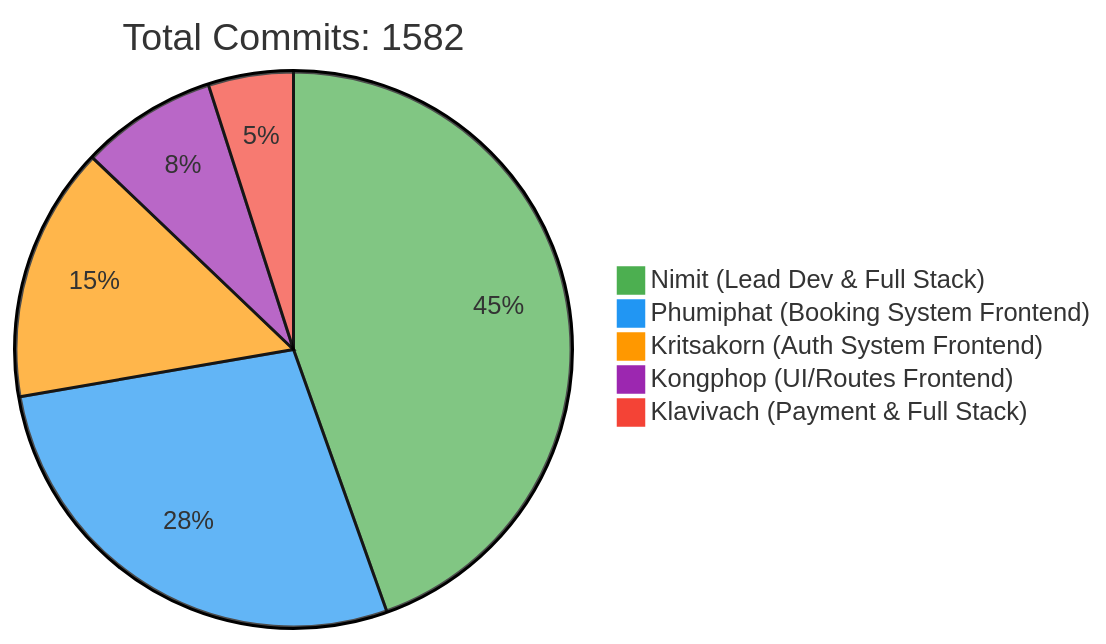
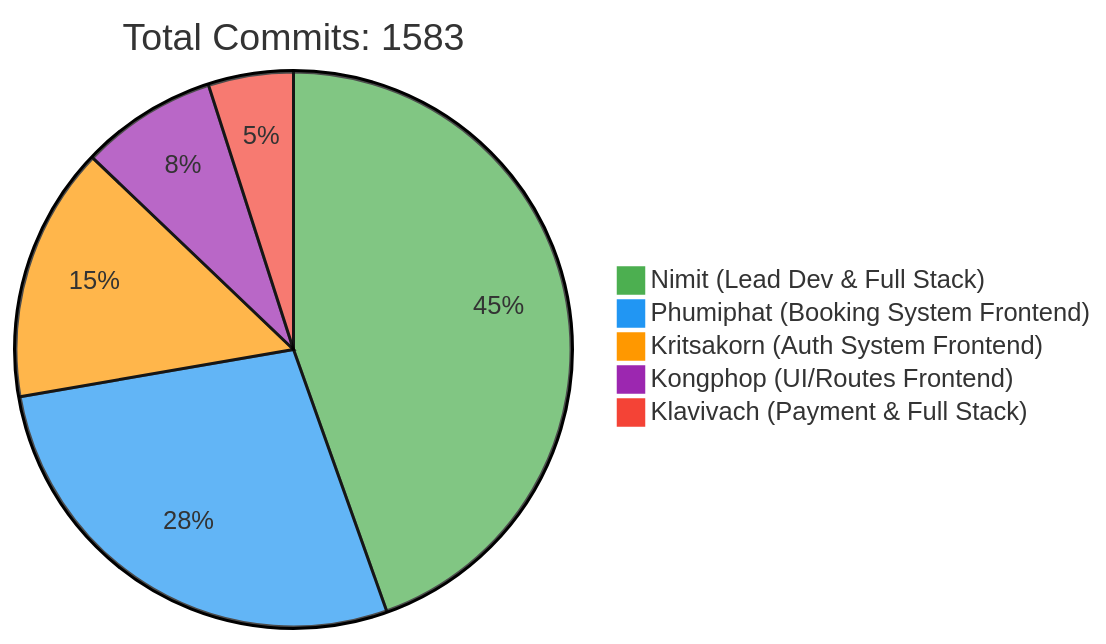
One commit to 6531503042/Sport-Complex changed the first of 2 diagrams in README.md. Above: the diagram before and after it, drawn with Mermaid. The commit also changed other lines of this file, not shown here.

Commit message:
docs: Update contributor statistics [skip ci]

````diff
--- a/README.md
+++ b/README.md
@@ -257,10 +257,10 @@
 ```mermaid
 %%{init: {'theme': 'base', 'themeVariables': { 'pie1': '#4CAF50', 'pie2': '#2196F3', 'pie3': '#FF9800', 'pie4': '#9C27B0', 'pie5': '#F44336'}}}%%
 pie
-    title Total Commits: 1582
+    title Total Commits: 1583
     "Nimit (Lead Dev & Full Stack)" : 450
     "Phumiphat (Booking System Frontend)" : 280
     "Kritsakorn (Auth System Frontend)" : 150
     "Kongphop (UI/Routes Frontend)" : 80
     "Klavivach (Payment & Full Stack)" : 50
 ```
````
